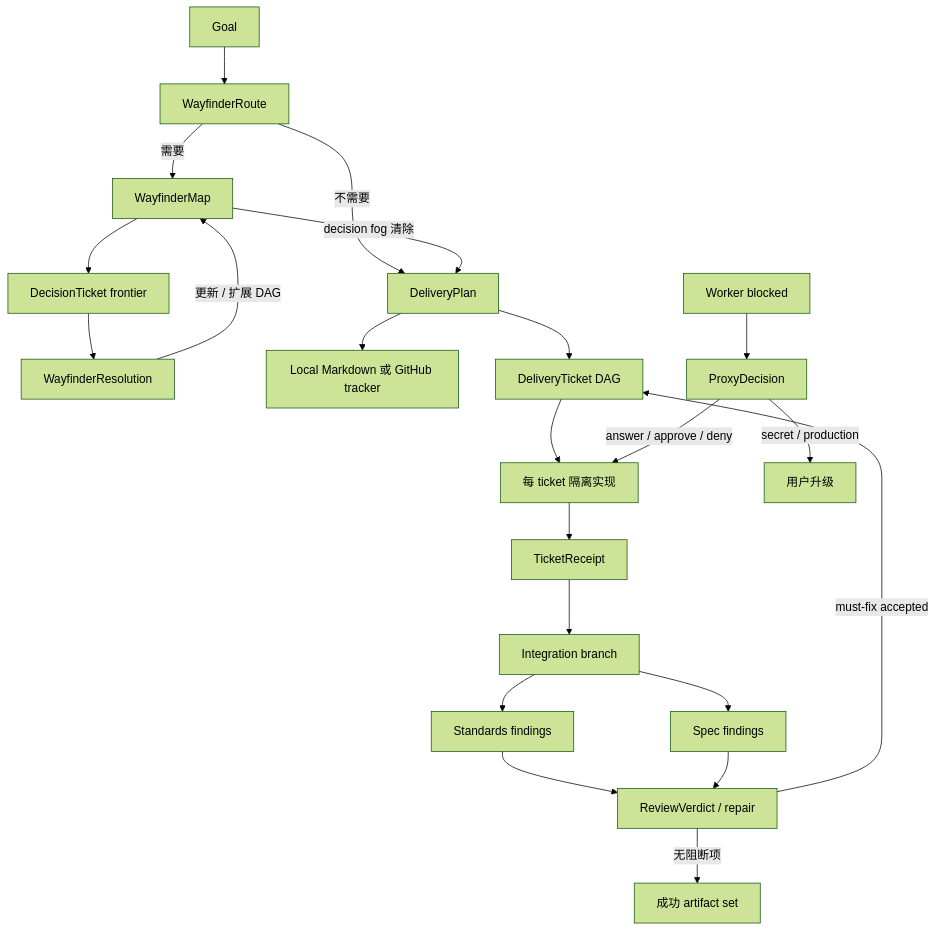
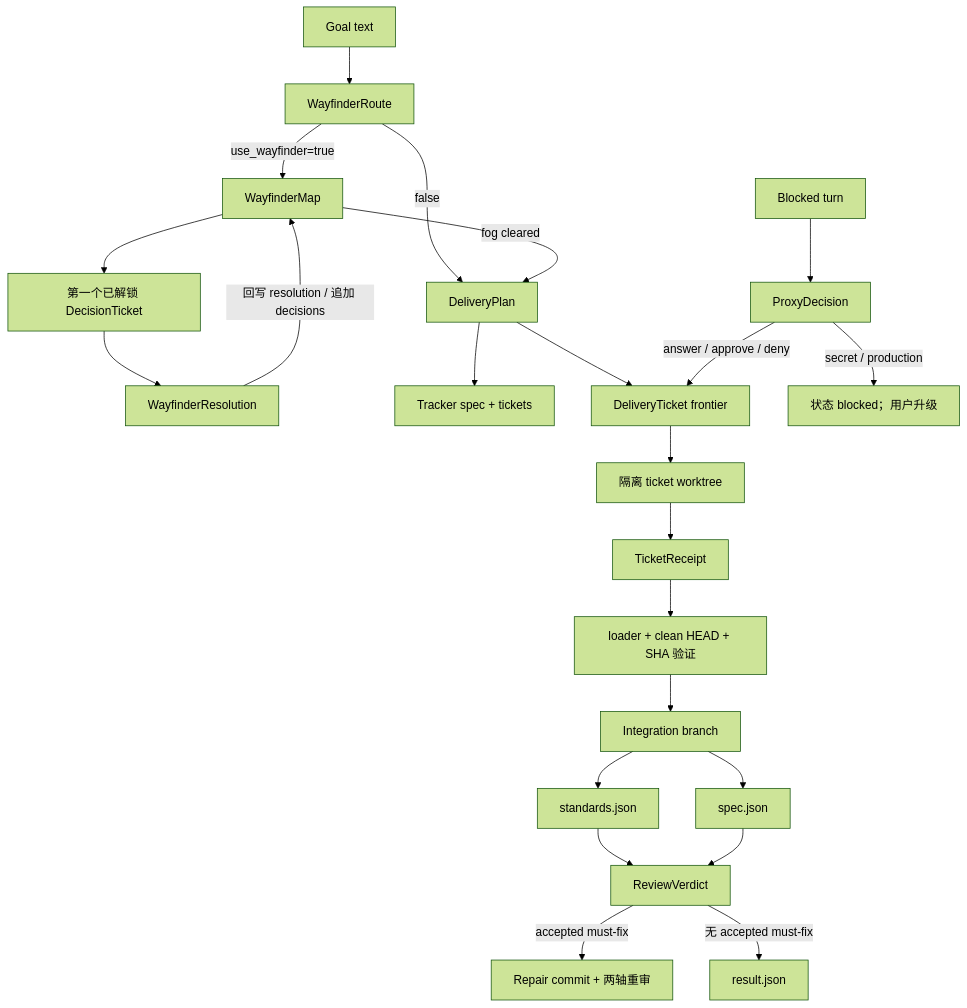
Before and after one commit to oldwinter/herdr-orchestrator: the first of 2 diagrams in droid-wiki/primitives/delivery-artifacts.md, drawn with Mermaid (forest theme). The commit also changed other lines of this file and 62 other files, not shown here.

````diff
--- a/droid-wiki/primitives/delivery-artifacts.md
+++ b/droid-wiki/primitives/delivery-artifacts.md
@@ -38,24 +93,25 @@
 ```mermaid
 flowchart TD
-    Goal["Goal"] --> Route["WayfinderRoute"]
-    Route -->|需要| Map["WayfinderMap"]
-    Map --> Frontier["DecisionTicket frontier"]
+    Goal["Goal text"] --> Route["WayfinderRoute"]
+    Route -->|use_wayfinder=true| Map["WayfinderMap"]
+    Map --> Frontier["第一个已解锁 DecisionTicket"]
     Frontier --> Resolution["WayfinderResolution"]
-    Resolution -->|更新 / 扩展 DAG| Map
-    Route -->|不需要| Plan["DeliveryPlan"]
-    Map -->|decision fog 清除| Plan
-    Plan --> Tracker["Local Markdown 或 GitHub tracker"]
-    Plan --> Tickets["DeliveryTicket DAG"]
-    Tickets --> Worktrees["每 ticket 隔离实现"]
-    Worktrees --> Receipts["TicketReceipt"]
-    Receipts --> Integration["Integration branch"]
-    Integration --> Standards["Standards findings"]
-    Integration --> Spec["Spec findings"]
-    Standards --> Verdict["ReviewVerdict / repair"]
+    Resolution -->|回写 resolution / 追加 decisions| Map
+    Route -->|false| Plan["DeliveryPlan"]
+    Map -->|fog cleared| Plan
+    Plan --> Tracker["Tracker spec + tickets"]
+    Plan --> Ticket["DeliveryTicket frontier"]
+    Ticket --> Worktree["隔离 ticket worktree"]
+    Worktree --> Receipt["TicketReceipt"]
+    Receipt --> Validate["loader + clean HEAD + SHA 验证"]
+    Validate --> Integration["Integration branch"]
+    Integration --> Standards["standards.json"]
+    Integration --> Spec["spec.json"]
+    Standards --> Verdict["ReviewVerdict"]
     Spec --> Verdict
-    Verdict -->|must-fix accepted| Tickets
-    Verdict -->|无阻断项| Done["成功 artifact set"]
-    Blocked["Worker blocked"] --> Proxy["ProxyDecision"]
-    Proxy -->|answer / approve / deny| Worktrees
-    Proxy -->|secret / production| Escalate["用户升级"]
+    Verdict -->|accepted must-fix| Repair["Repair commit + 两轴重审"]
+    Verdict -->|无 accepted must-fix| Result["result.json"]
+    Blocked["Blocked turn"] --> Proxy["ProxyDecision"]
+    Proxy -->|answer / approve / deny| Ticket
+    Proxy -->|secret / production| Escalate["状态 blocked；用户升级"]
 ```
````
